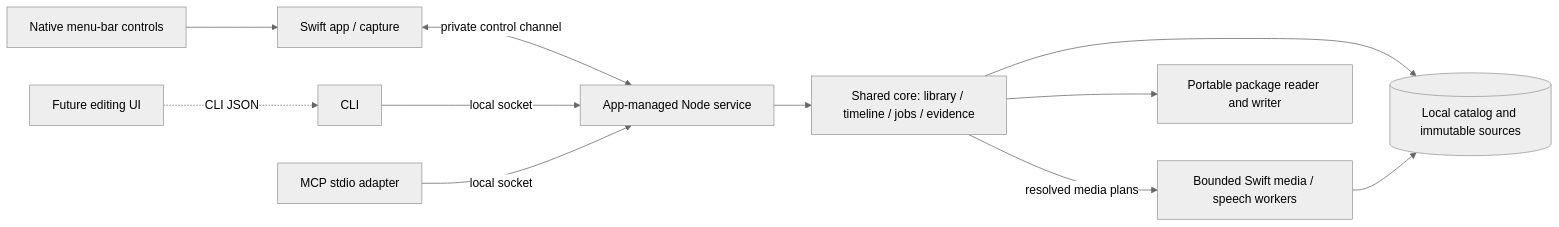
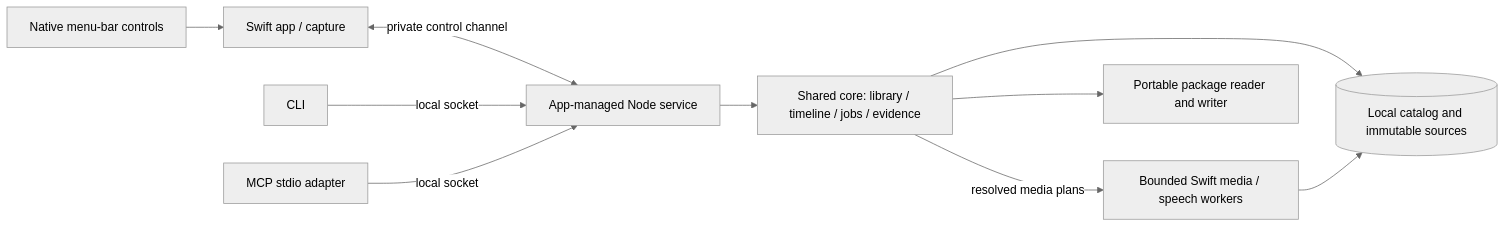
The diagram in specs/recording-for-ai/README.md (dzhng/screen-recorder), drawn with Mermaid (neutral theme) before and after one commit. The commit also changed other lines of this file and 13 other files, not shown here.

````diff
--- a/specs/recording-for-ai/README.md
+++ b/specs/recording-for-ai/README.md
@@ -179,13 +183,12 @@
 ```mermaid
 flowchart LR
   User[Native menu-bar controls] --> App[Swift app / capture]
   App <-->|private control channel| Service[App-managed Node service]
   CLI[CLI] -->|local socket| Service
   MCP[MCP stdio adapter] -->|local socket| Service
   Service --> Core[Shared core: library / timeline / jobs / evidence]
   Core --> DB[(Local catalog and immutable sources)]
   Core -->|resolved media plans| Workers[Bounded Swift media / speech workers]
   Workers --> DB
   Core --> Package[Portable package reader and writer]
-  Future[Future editing UI] -. CLI JSON .-> CLI
 ```
````
